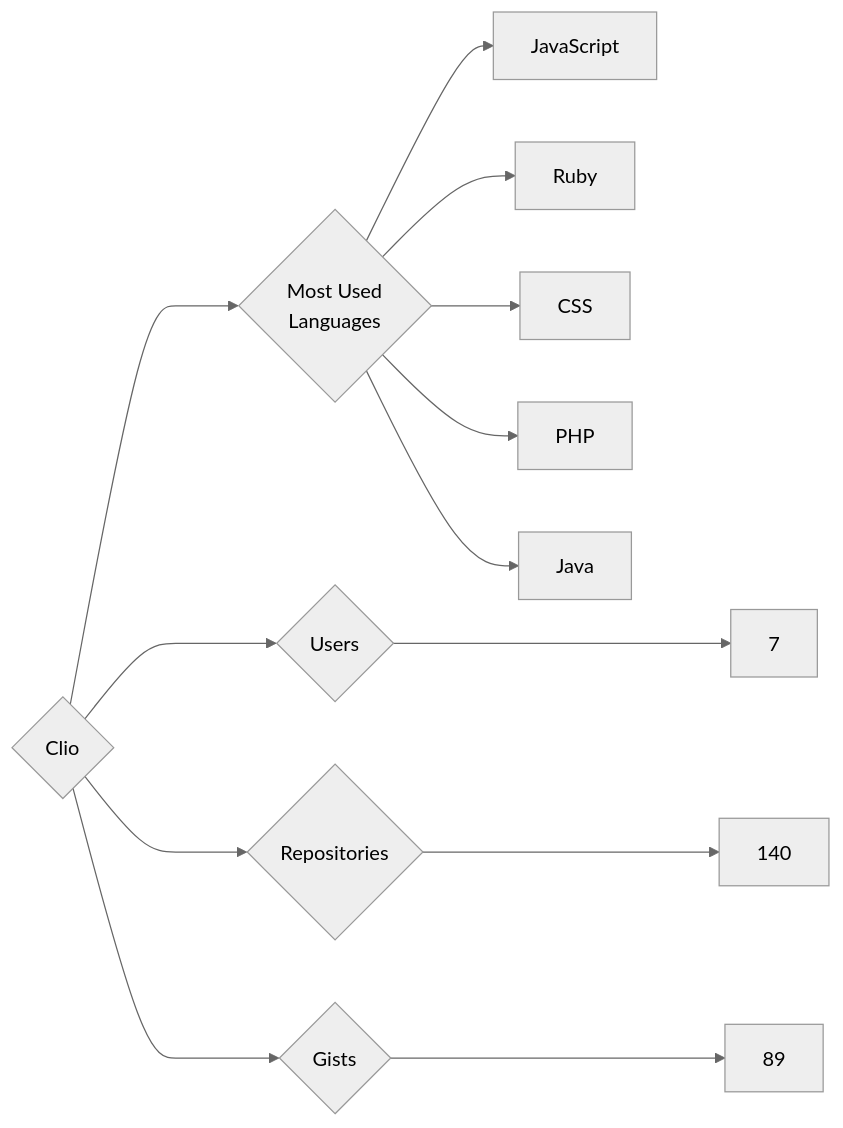
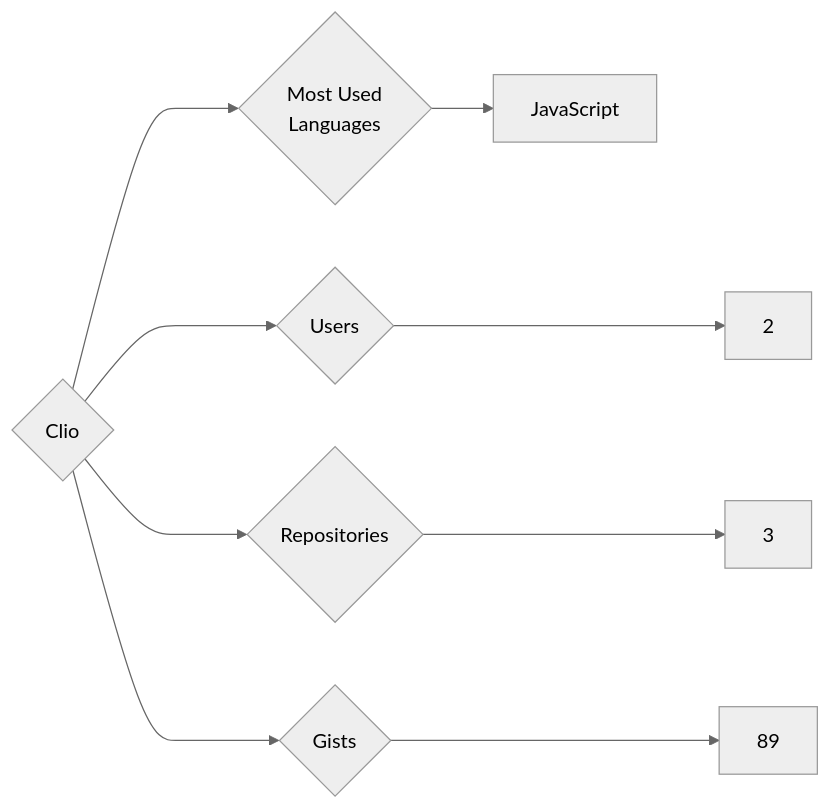
Before and after one commit to trickest/insiders: the diagram in targets/Clio/README.md, drawn with Mermaid (neutral theme). The commit also changed 815 other files, not shown here.

````diff
--- a/targets/Clio/README.md
+++ b/targets/Clio/README.md
@@ -3,13 +3,9 @@
 ```mermaid
 graph LR
 COMPANY_NAME{Clio}
-COMPANY_NAME ---> U{Users} ---> UN[7]
-COMPANY_NAME ---> R{Repositories} ---> RN[140]
+COMPANY_NAME ---> U{Users} ---> UN[2]
+COMPANY_NAME ---> R{Repositories} ---> RN[3]
 COMPANY_NAME ---> G{Gists} ---> GN[89]
 COMPANY_NAME ---> ML{Most Used<br>Languages}
 ML --> JavaScript[JavaScript]
-ML --> Ruby[Ruby]
-ML --> CSS[CSS]
-ML --> PHP[PHP]
-ML --> Java[Java]
 ```
````
